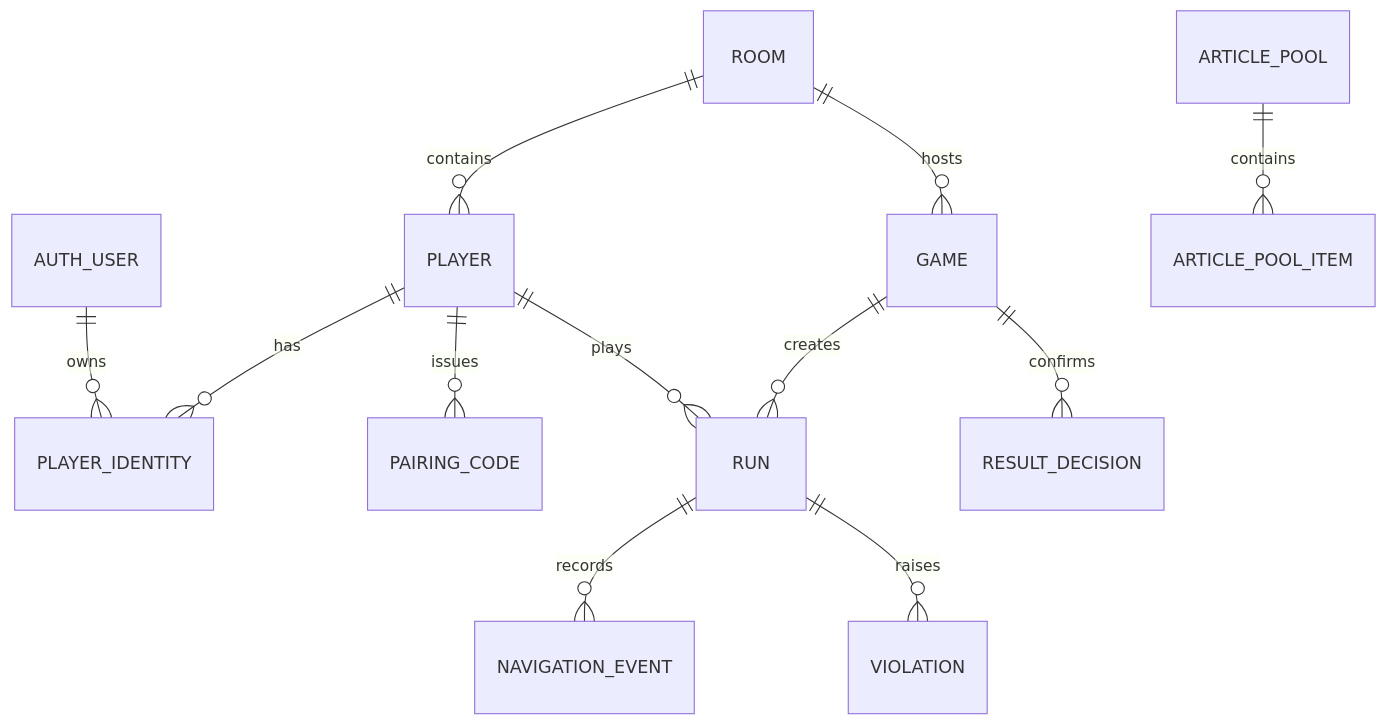
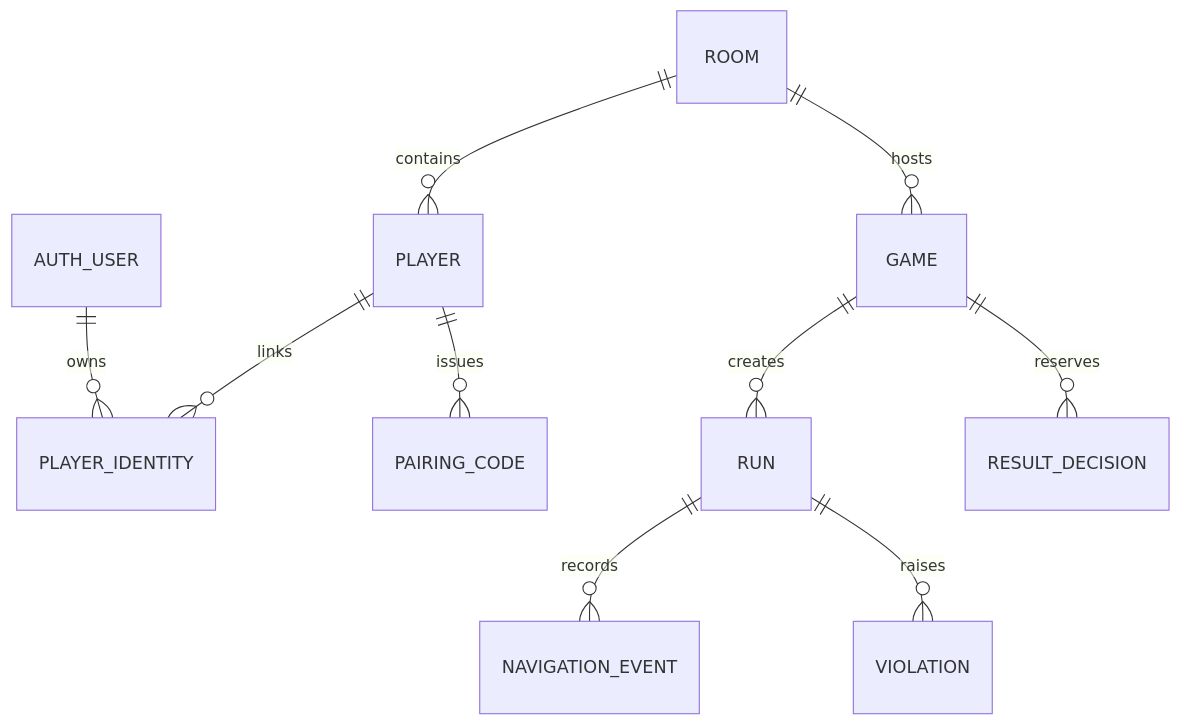
The second of 4 diagrams in docs/아키텍처.md (deepria/wikirunner), drawn with Mermaid before and after one commit. The commit also changed other lines of this file and 9 other files, not shown here.

````diff
--- a/docs/아키텍처.md
+++ b/docs/아키텍처.md
@@ -160,14 +72,12 @@
 ```mermaid
 erDiagram
     AUTH_USER ||--o{ PLAYER_IDENTITY : owns
     ROOM ||--o{ PLAYER : contains
-    PLAYER ||--o{ PLAYER_IDENTITY : has
+    PLAYER ||--o{ PLAYER_IDENTITY : links
     PLAYER ||--o{ PAIRING_CODE : issues
     ROOM ||--o{ GAME : hosts
     GAME ||--o{ RUN : creates
-    PLAYER ||--o{ RUN : plays
     RUN ||--o{ NAVIGATION_EVENT : records
     RUN ||--o{ VIOLATION : raises
-    GAME ||--o{ RESULT_DECISION : confirms
-    ARTICLE_POOL ||--o{ ARTICLE_POOL_ITEM : contains
+    GAME ||--o{ RESULT_DECISION : reserves
 ```
````
